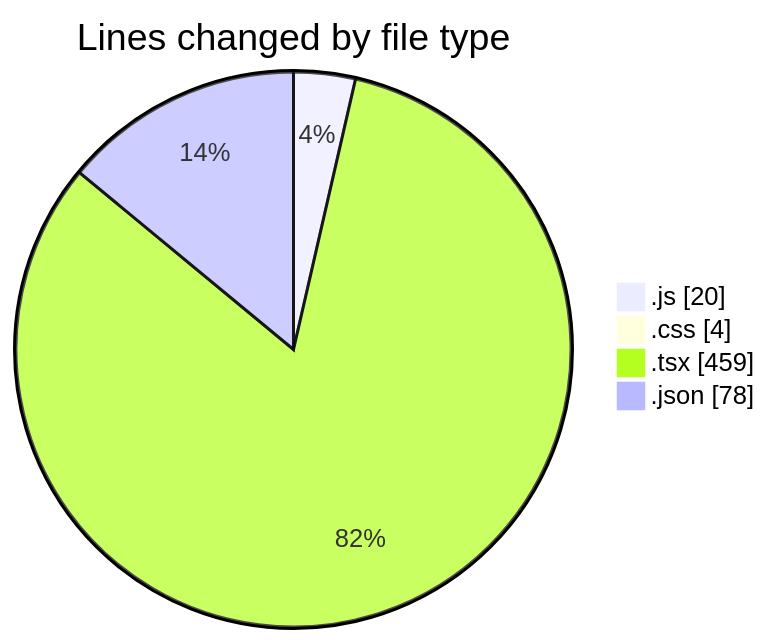
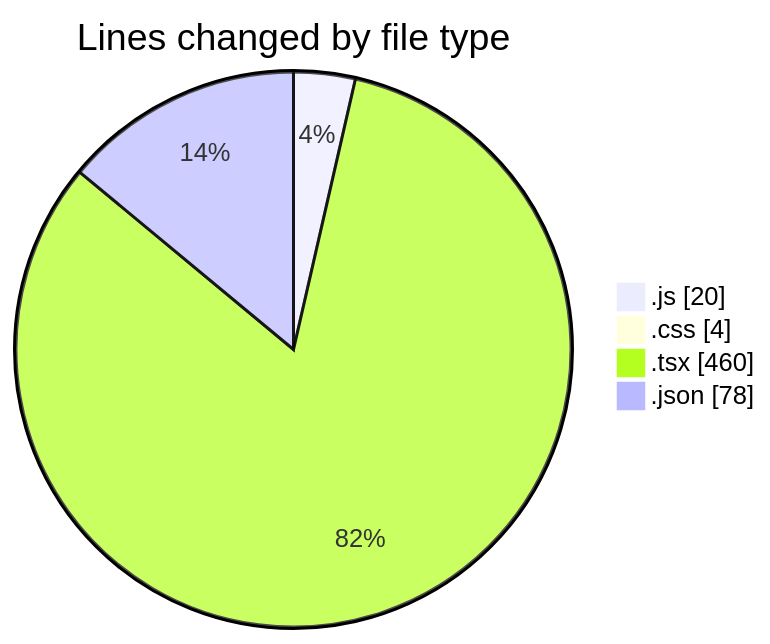
Before and after one commit to Ritupan-Deka/code-tracking: the first of 2 diagrams in 2025-06-19/scopecraft/README.md, drawn with Mermaid. The commit also changed other lines of this file and 1 other file, not shown here.

````diff
--- a/2025-06-19/scopecraft/README.md
+++ b/2025-06-19/scopecraft/README.md
@@ -33,8 +33,8 @@
 ```mermaid
 pie showData
 title Lines changed by file type
 ".js" : 20
 ".css" : 4
-".tsx" : 459
+".tsx" : 460
 ".json" : 78
 ```
````
